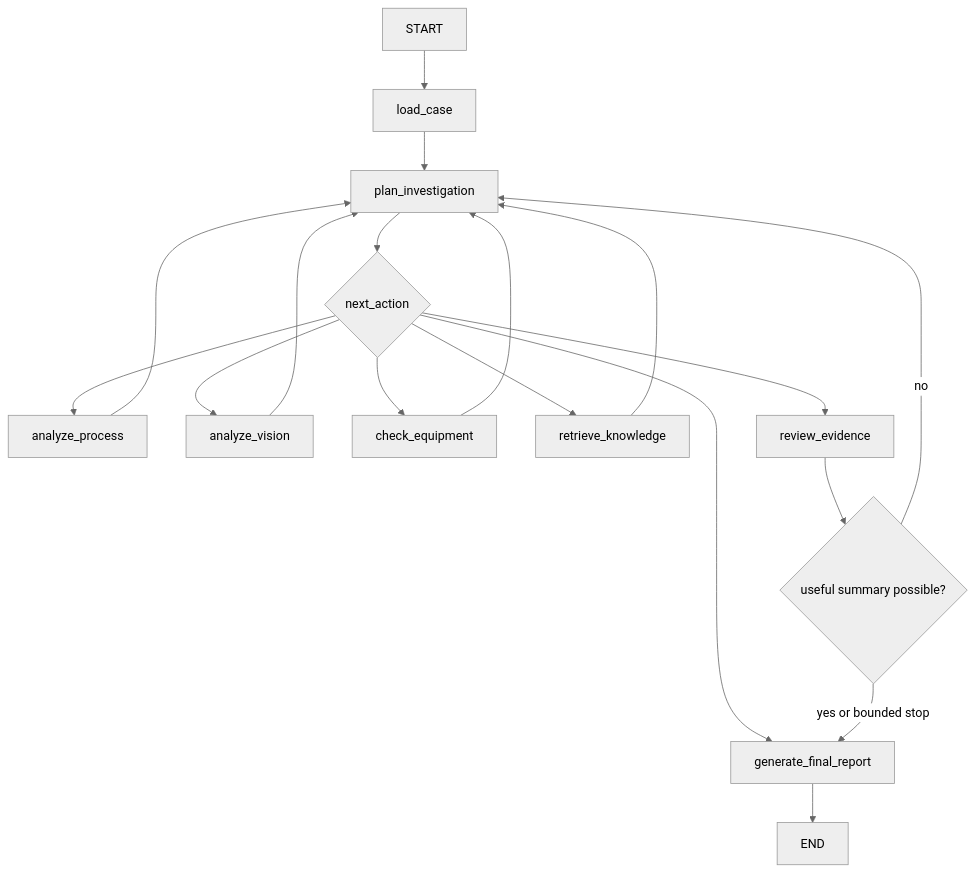
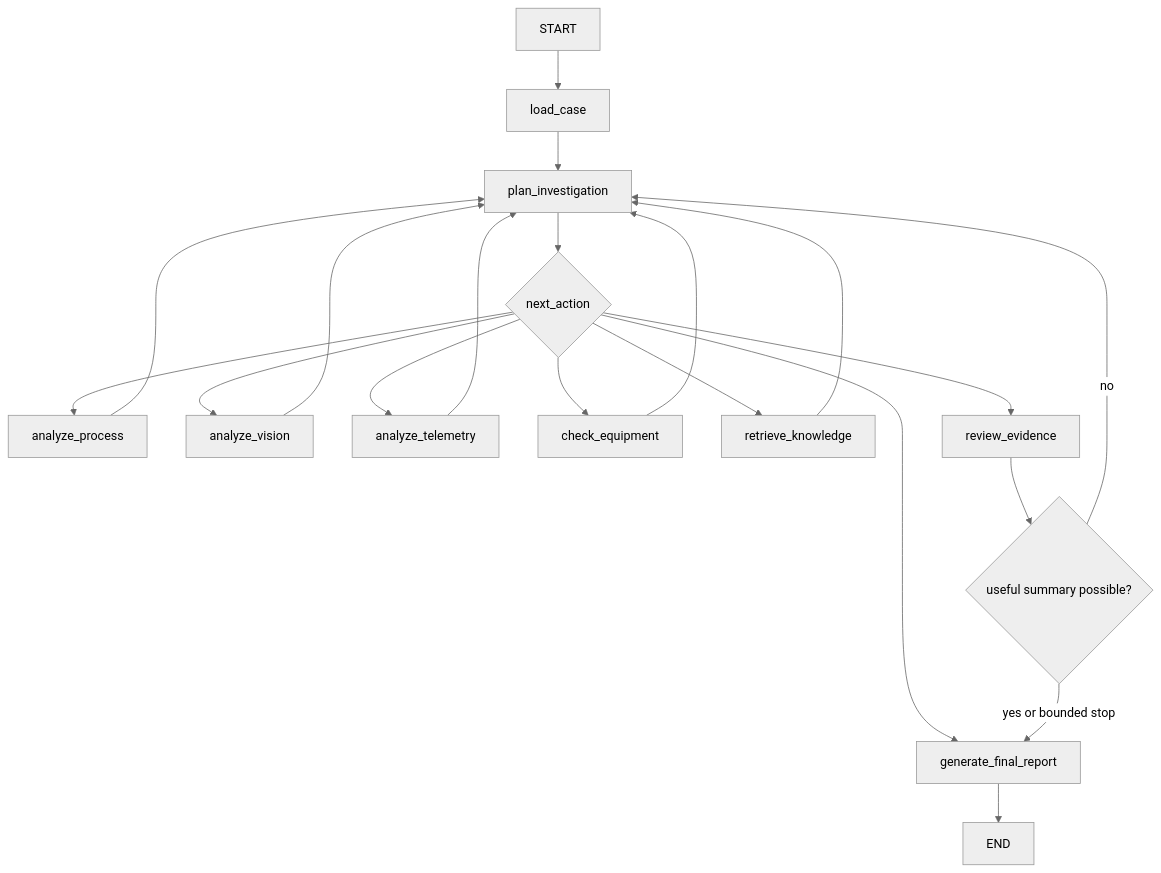
The diagram in docs/langgraph_agent.md (KautilyaMind/Fabsight), drawn with Mermaid (neutral theme) before and after one commit. The commit also changed other lines of this file and 35 other files, not shown here.

````diff
--- a/docs/langgraph_agent.md
+++ b/docs/langgraph_agent.md
@@ -13,20 +13,22 @@
 ```mermaid
 flowchart TD
     START --> load_case
     load_case --> plan_investigation
     plan_investigation --> router{next_action}
     router --> analyze_process
     router --> analyze_vision
+    router --> analyze_telemetry
     router --> check_equipment
     router --> retrieve_knowledge
     router --> review_evidence
     router --> generate_final_report
     analyze_process --> plan_investigation
     analyze_vision --> plan_investigation
+    analyze_telemetry --> plan_investigation
     check_equipment --> plan_investigation
     retrieve_knowledge --> plan_investigation
     review_evidence --> sufficient{useful summary possible?}
     sufficient -->|no| plan_investigation
     sufficient -->|yes or bounded stop| generate_final_report
     generate_final_report --> END
 ```
````
